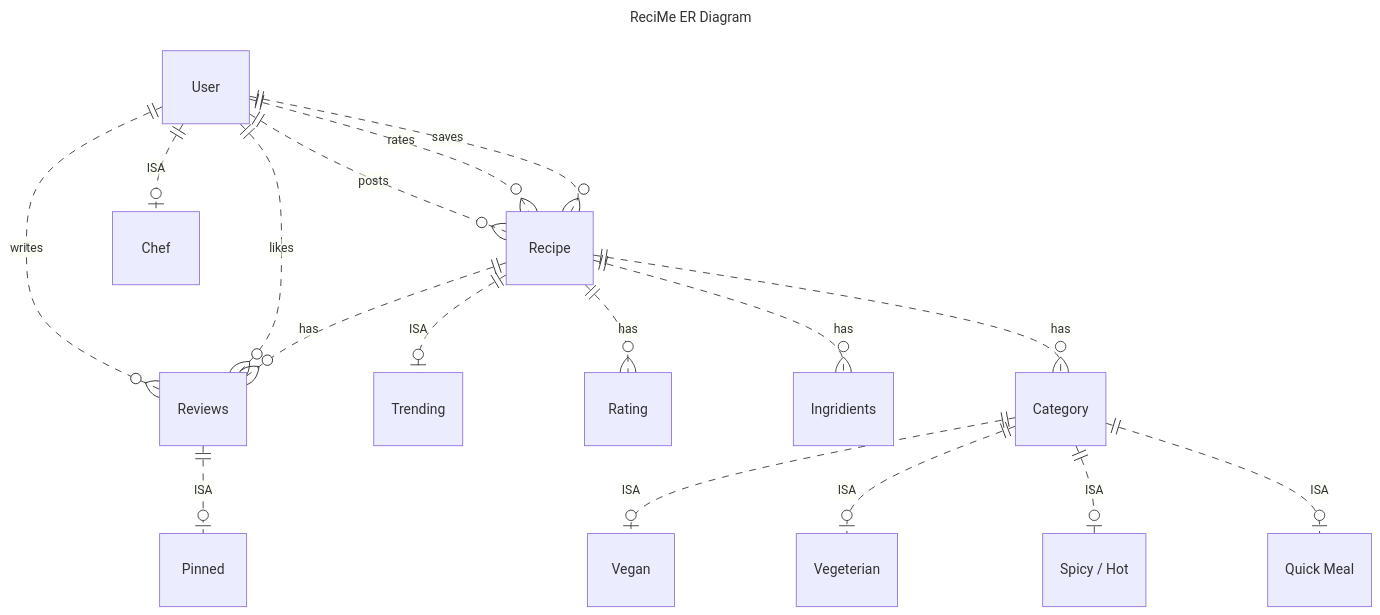
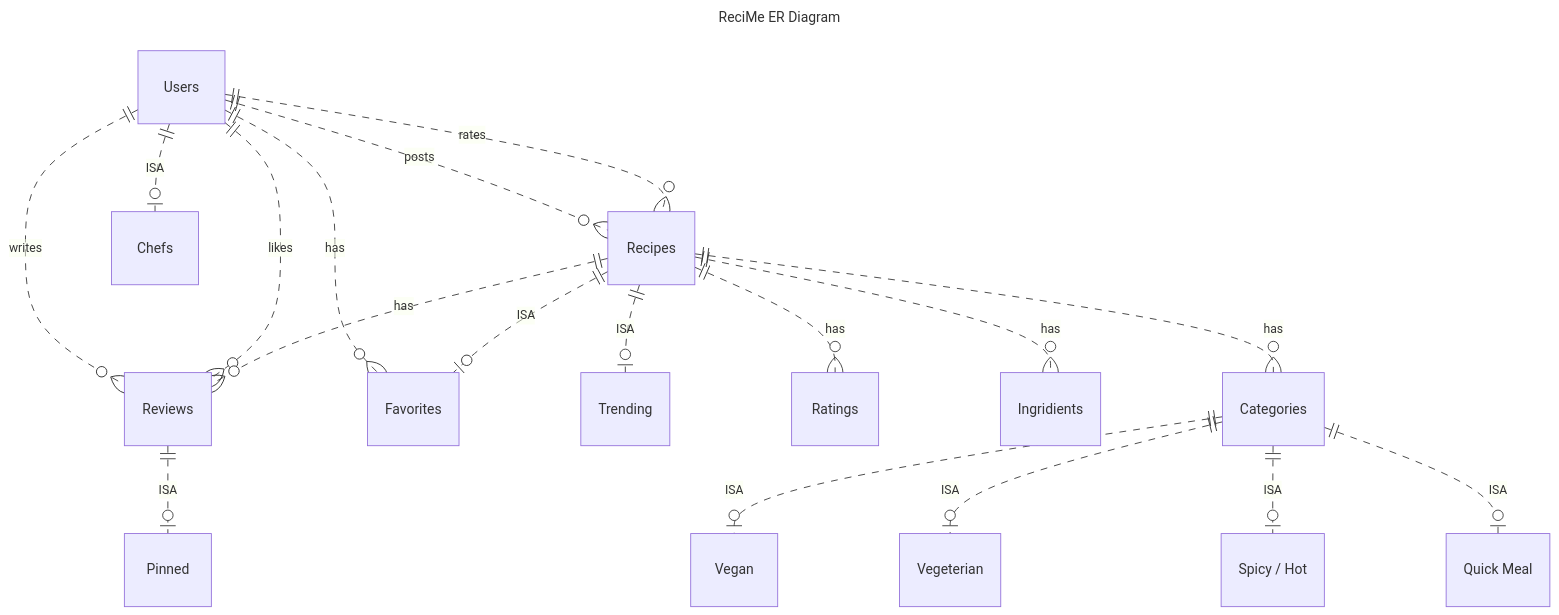
One commit to RECI-ME/reciMe changed the diagram in misc/er_diagram.mermaid. Above: the diagram before and after it, drawn with Mermaid.

```diff
--- a/misc/er_diagram.mermaid
+++ b/misc/er_diagram.mermaid
@@ -1,20 +1,21 @@
 ---
 title: ReciMe ER Diagram
 ---
 erDiagram
-    User ||..o{ Recipe :posts
-    User ||..o| Chef :ISA
-    User ||..o{ Recipe :rates
-    User ||..o{ Reviews :writes
-    User ||..o{ Reviews :likes
-    User ||..o{ Recipe : saves
-    Recipe ||..o| Trending :ISA
-    Recipe ||..o{ Reviews :has
-    Recipe ||..o{ Rating :has
-    Recipe||..o{ Ingridients :has
-    Recipe ||..o{ Category :has
-    Category ||..o| Vegan :ISA
-    Category ||..o| Vegeterian :ISA
-    Category ||..o| "Spicy / Hot" :ISA    
-    Category ||..o| "Quick Meal" :ISA   
+    Users ||..o{ Recipes :posts
+    Users ||..o| Chefs :ISA
+    Users ||..o{ Recipes :rates
+    Users ||..o{ Reviews :writes
+    Users ||..o{ Reviews :likes
+    Users ||..o{ Favorites :has
+    Recipes ||..o| Favorites :ISA
+    Recipes ||..o| Trending :ISA
+    Recipes ||..o{ Reviews :has
+    Recipes ||..o{ Ratings :has
+    Recipes||..o{ Ingridients :has
+    Recipes ||..o{ Categories :has
+    Categories ||..o| Vegan :ISA
+    Categories ||..o| Vegeterian :ISA
+    Categories ||..o| "Spicy / Hot" :ISA    
+    Categories ||..o| "Quick Meal" :ISA   
     Reviews ||..o| Pinned :ISA 
```
